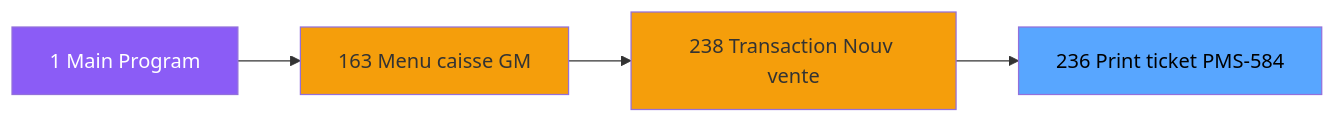
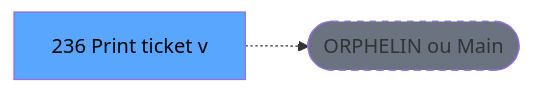
The second of 3 diagrams in .openspec/specs/ADH-IDE-236.md (thonyAGP/lecteur-magic), drawn with Mermaid before and after one commit. The commit also changed other lines of this file and 701 other files, not shown here.

````diff
--- a/.openspec/specs/ADH-IDE-236.md
+++ b/.openspec/specs/ADH-IDE-236.md
@@ -282,16 +131,8 @@
 ```mermaid
 graph LR
-    M[1 Main Program]
-    M163[163 Menu caisse GM]
-    M238[238 Transaction Nouv vente]
-    T[236 Print ticket PMS-584]
-
-    M --> M163
-    M163 --> M238
-    M238 --> T
-
-    style M fill:#8b5cf6,color:#fff
-    style M163 fill:#f59e0b
-    style M238 fill:#f59e0b
+    T[236  Print ticket v]
+    ORPHAN([ORPHELIN ou Main])
+    T -.-> ORPHAN
     style T fill:#58a6ff,color:#000
+    style ORPHAN fill:#6b7280,stroke-dasharray: 5 5
 ```
````
